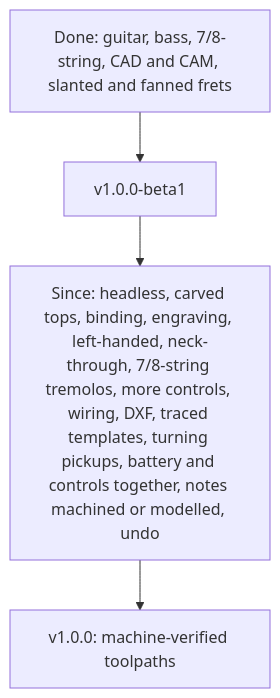
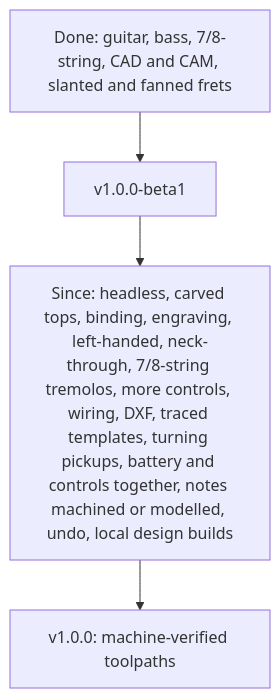
Before and after one commit to jolappi/CNCguitarwizard: the diagram in ROADMAP.md, drawn with Mermaid. The commit also changed other lines of this file and 10 other files, not shown here.

````diff
--- a/ROADMAP.md
+++ b/ROADMAP.md
@@ -91,6 +93,6 @@
 ```mermaid
 flowchart TD
     Done["Done: guitar, bass, 7/8-string, CAD and CAM, slanted and fanned frets"] --> Beta["v1.0.0-beta1"]
-    Beta --> More["Since: headless, carved tops, binding, engraving, left-handed, neck-through, 7/8-string tremolos, more controls, wiring, DXF, traced templates, turning pickups, battery and controls together, notes machined or modelled, undo"]
+    Beta --> More["Since: headless, carved tops, binding, engraving, left-handed, neck-through, 7/8-string tremolos, more controls, wiring, DXF, traced templates, turning pickups, battery and controls together, notes machined or modelled, undo, local design builds"]
     More --> V1["v1.0.0: machine-verified toolpaths"]
 ```
````
